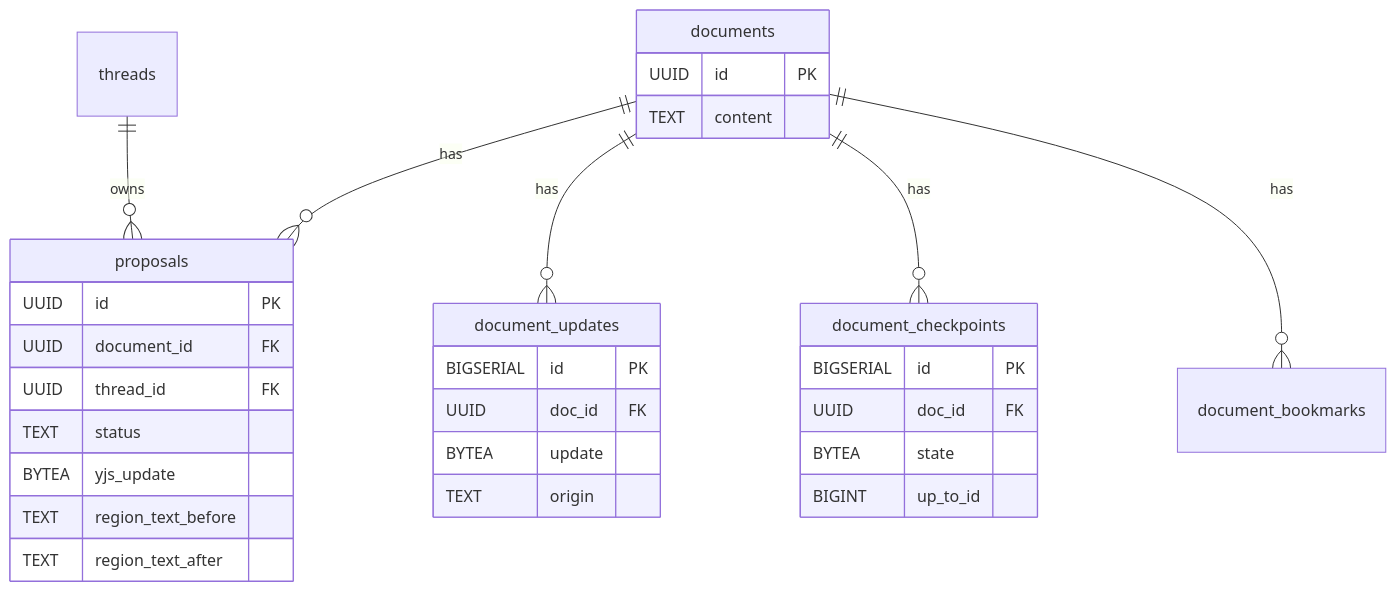
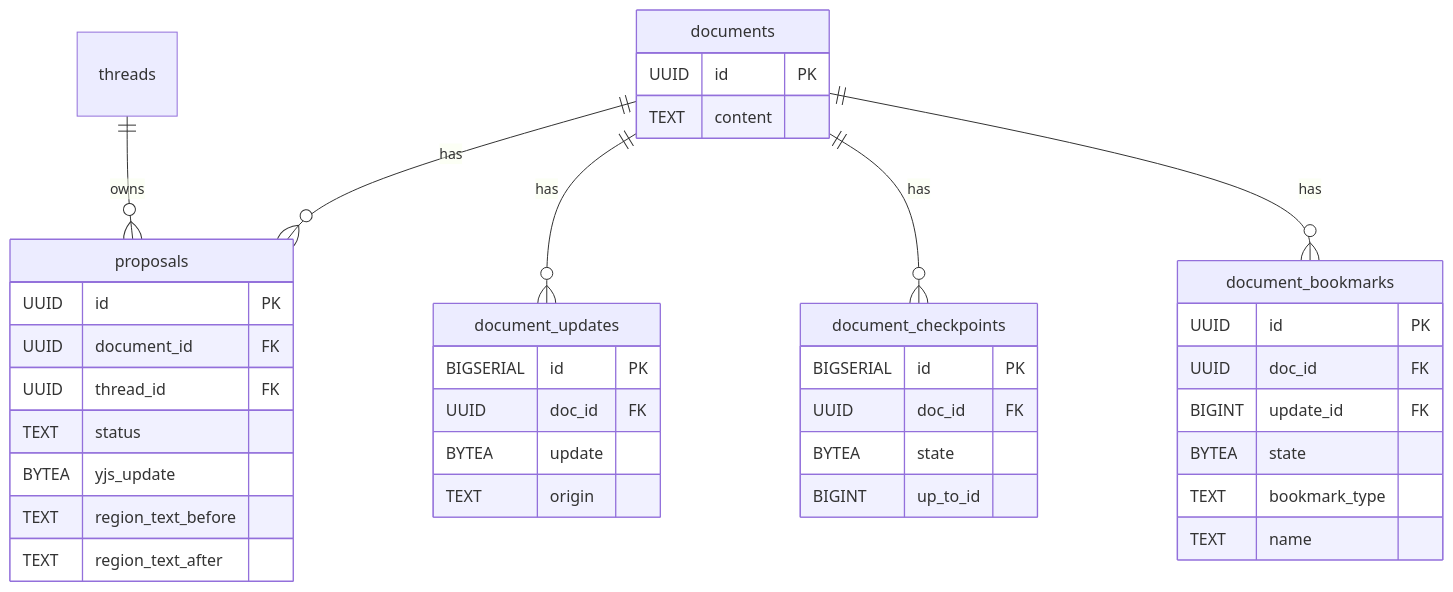
Before and after one commit to haowjy/meridian-flow: the first of 2 diagrams in _docs/plans/collab-data-model-v2/spec/schema-design.md, drawn with Mermaid. The commit also changed 11 other files, not shown here.

````diff
--- a/_docs/plans/collab-data-model-v2/spec/schema-design.md
+++ b/_docs/plans/collab-data-model-v2/spec/schema-design.md
@@ -11,34 +11,42 @@
 ```mermaid
 erDiagram
     documents ||--o{ proposals : has
     documents ||--o{ document_updates : has
     documents ||--o{ document_checkpoints : has
     documents ||--o{ document_bookmarks : has
     threads ||--o{ proposals : owns
 
     documents {
         UUID id PK
         TEXT content
     }
     proposals {
         UUID id PK
         UUID document_id FK
         UUID thread_id FK
         TEXT status
         BYTEA yjs_update
         TEXT region_text_before
         TEXT region_text_after
     }
     document_updates {
         BIGSERIAL id PK
         UUID doc_id FK
         BYTEA update
         TEXT origin
     }
     document_checkpoints {
         BIGSERIAL id PK
         UUID doc_id FK
         BYTEA state
         BIGINT up_to_id
     }
+    document_bookmarks {
+        UUID id PK
+        UUID doc_id FK
+        BIGINT update_id FK
+        BYTEA state
+        TEXT bookmark_type
+        TEXT name
+    }
 ```
````
